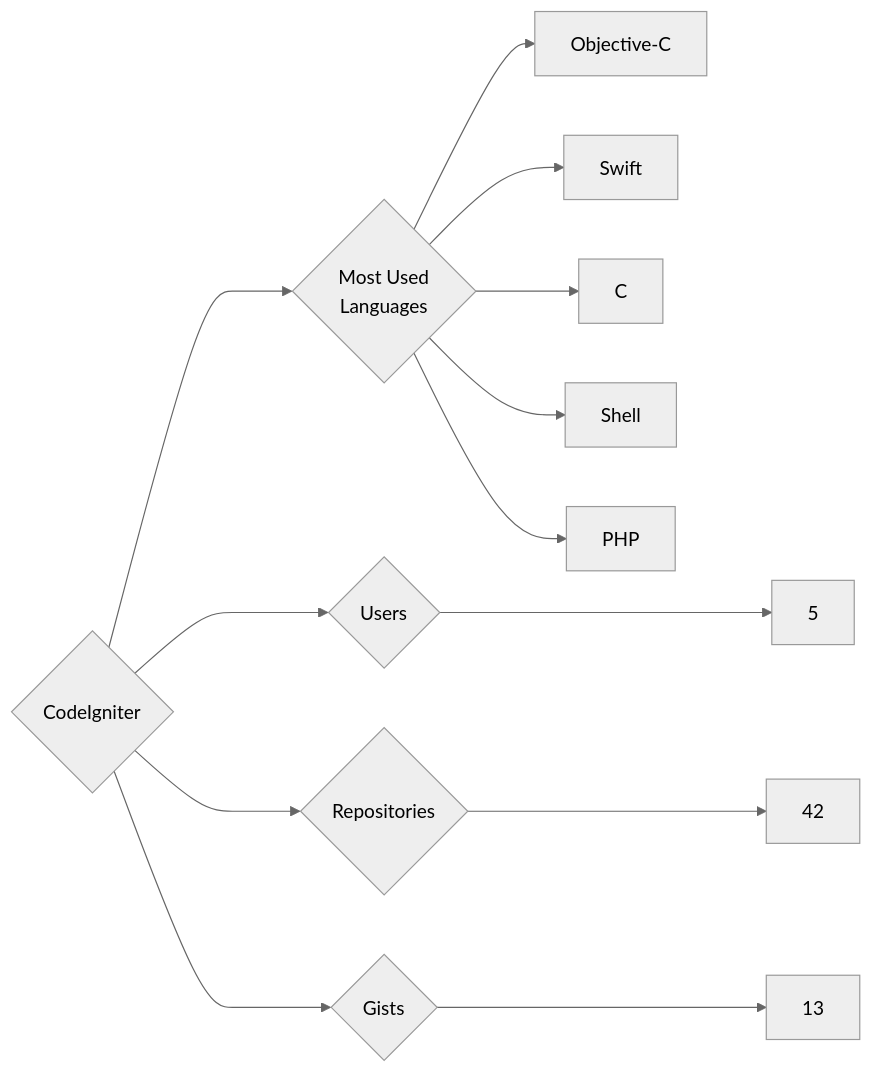
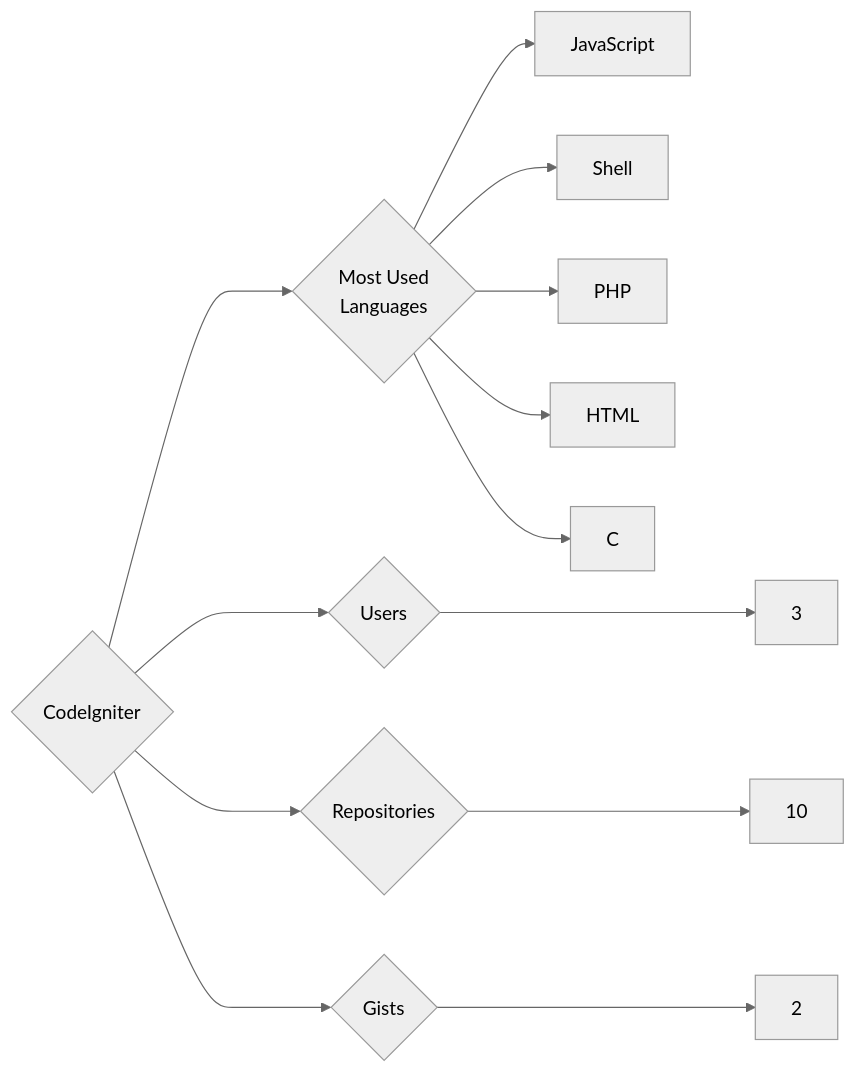
Before and after one commit to trickest/insiders: the diagram in targets/CodeIgniter/README.md, drawn with Mermaid (neutral theme). The commit also changed 865 other files, not shown here.

````diff
--- a/targets/CodeIgniter/README.md
+++ b/targets/CodeIgniter/README.md
@@ -3,13 +3,13 @@
 ```mermaid
 graph LR
 COMPANY_NAME{CodeIgniter}
-COMPANY_NAME ---> U{Users} ---> UN[5]
-COMPANY_NAME ---> R{Repositories} ---> RN[42]
-COMPANY_NAME ---> G{Gists} ---> GN[13]
+COMPANY_NAME ---> U{Users} ---> UN[3]
+COMPANY_NAME ---> R{Repositories} ---> RN[10]
+COMPANY_NAME ---> G{Gists} ---> GN[2]
 COMPANY_NAME ---> ML{Most Used<br>Languages}
-ML --> Objective-C[Objective-C]
-ML --> Swift[Swift]
-ML --> C[C]
+ML --> JavaScript[JavaScript]
 ML --> Shell[Shell]
 ML --> PHP[PHP]
+ML --> HTML[HTML]
+ML --> C[C]
 ```
````
